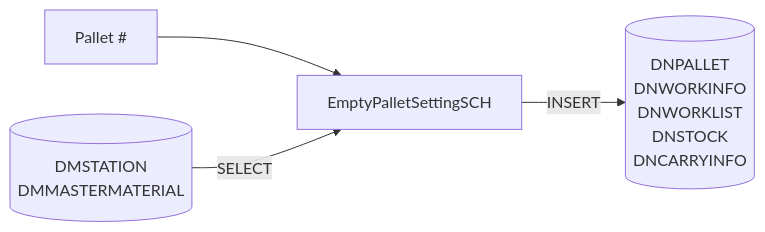
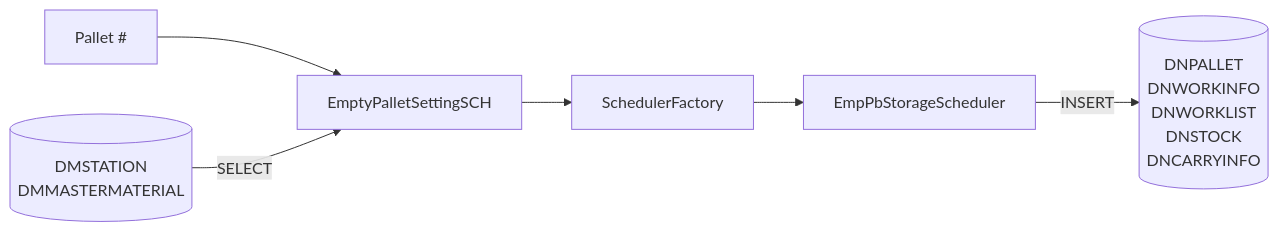
Before and after one commit to luthfiadityaa/SimeDarby-Wiki: the first of 10 diagrams in Basic-Design/DFD-WMS/Storage/Empty-Pallet-Storage-to-Ambient-Area.md, drawn with Mermaid. The commit also changed other lines of this file, not shown here.

Commit message:
Updated Empty Pallet Storage to Ambient Area

```diff
--- a/Basic-Design/DFD-WMS/Storage/Empty-Pallet-Storage-to-Ambient-Area.md
+++ b/Basic-Design/DFD-WMS/Storage/Empty-Pallet-Storage-to-Ambient-Area.md
@@ -52,25 +52,27 @@
 ::: mermaid
 flowchart LR
 input[
 Pallet #      
 ]
 
 tableList-insert[("
 DNPALLET
 DNWORKINFO
 DNWORKLIST
 DNSTOCK
 DNCARRYINFO
 ")]
 
 tableList-select[("
 DMSTATION
 DMMASTERMATERIAL
 ")]
 
 
 className[EmptyPalletSettingSCH]
+scheduler[SchedulerFactory]
+createStorage[EmpPbStorageScheduler]
 
-input --> className --> |INSERT| tableList-insert
+input --> className --> scheduler --> createStorage --> |INSERT| tableList-insert
 tableList-select --> |SELECT| className
 :::
```
